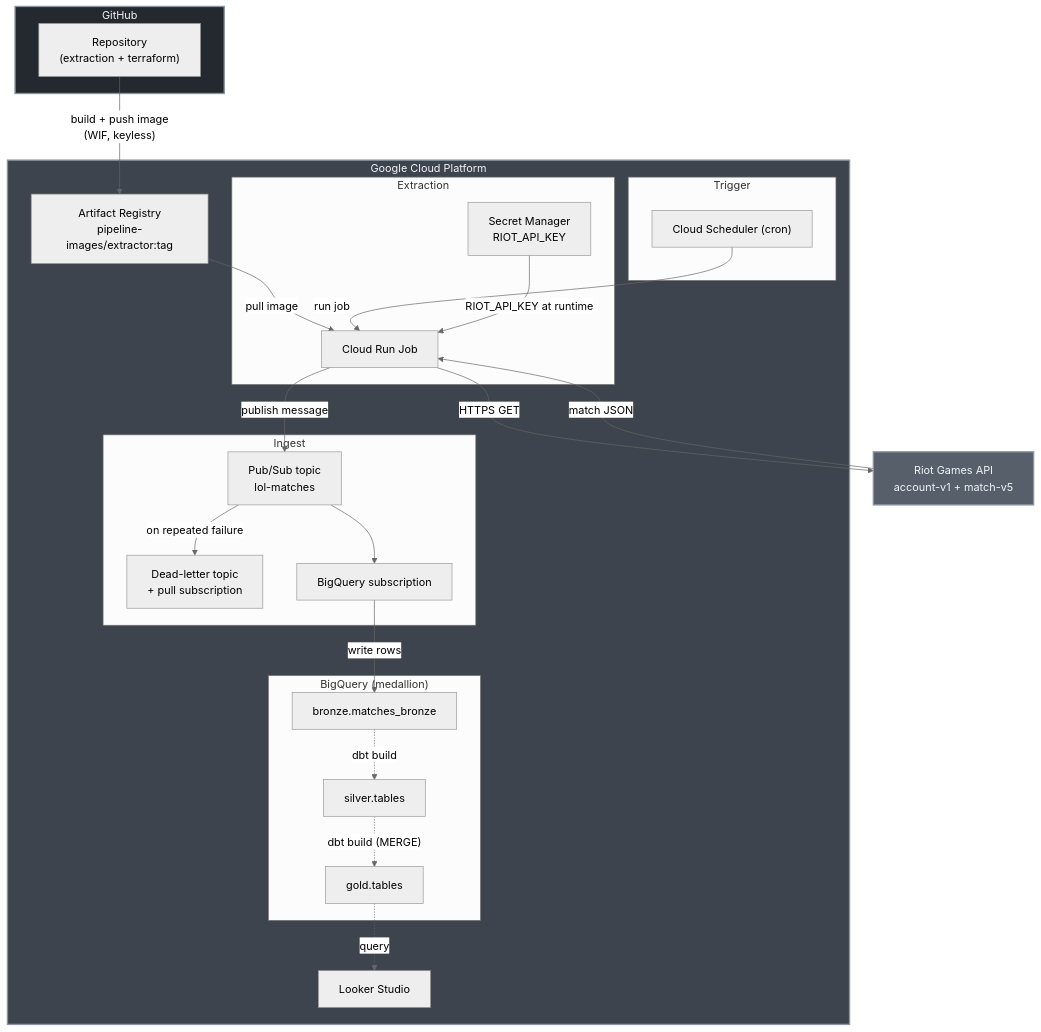
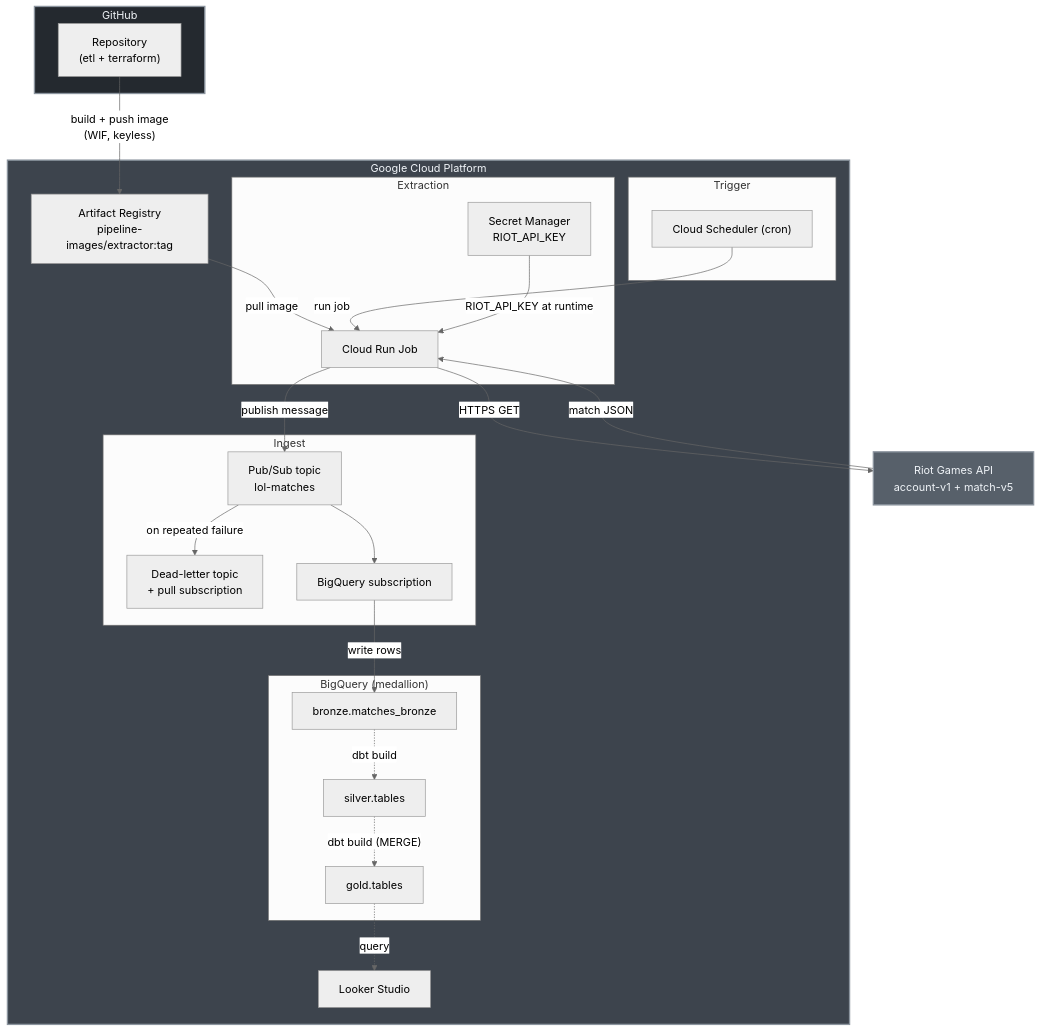
One commit to RobertGleison/gcp-demo-pipeline changed the first of 4 diagrams in README.md. Above: the diagram before and after it, drawn with Mermaid (neutral theme). The commit also changed other lines of this file and 14 other files, not shown here.

First line of the commit message:
refactor: move extraction source under etl/

````diff
--- a/README.md
+++ b/README.md
@@ -8,53 +8,53 @@
 ```mermaid
 flowchart TB
     subgraph github["GitHub"]
-        GH["Repository<br/>(extraction + terraform)"]
+        GH["Repository<br/>(etl + terraform)"]
     end
 
     RIOT["Riot Games API<br/>account-v1 + match-v5"]
 
     subgraph gcp["Google Cloud Platform"]
         AR["Artifact Registry<br/>pipeline-images/extractor:tag"]
 
         subgraph trigger["Trigger"]
             SCH["Cloud Scheduler (cron)"]
         end
 
         subgraph extract["Extraction"]
             JOB["Cloud Run Job"]
             SM["Secret Manager<br/>RIOT_API_KEY"]
         end
 
         subgraph ingest["Ingest"]
             TOPIC["Pub/Sub topic<br/>lol-matches"]
             DLQ["Dead-letter topic<br/>+ pull subscription"]
             BQSUB["BigQuery subscription"]
         end
 
         subgraph warehouse["BigQuery (medallion)"]
             bronze["bronze.matches_bronze"]
             STG["silver.tables"]
             gold["gold.tables"]
         end
 
         LOOKER["Looker Studio"]
     end
 
     GH -- "build + push image<br/>(WIF, keyless)" --> AR
     AR -- "pull image" --> JOB
     SCH -- "run job" --> JOB
     SM -- "RIOT_API_KEY at runtime" --> JOB
     JOB -- "HTTPS GET" --> RIOT
     RIOT -- "match JSON" --> JOB
     JOB -- "publish message" --> TOPIC
     TOPIC -- "on repeated failure" --> DLQ
     TOPIC --> BQSUB
     BQSUB -- "write rows" --> bronze
     bronze -. "dbt build" .-> STG
     STG -. "dbt build (MERGE)" .-> gold
     gold -. "query" .-> LOOKER
 
     style github fill:#24292f,stroke:#8b949e,stroke-width:2px,color:#f0f4f8
     style gcp fill:#3d444d,stroke:#8b949e,stroke-width:2px,color:#f0f4f8
     style RIOT fill:#57606a,stroke:#8b949e,stroke-width:2px,color:#f0f4f8
 ```
````
